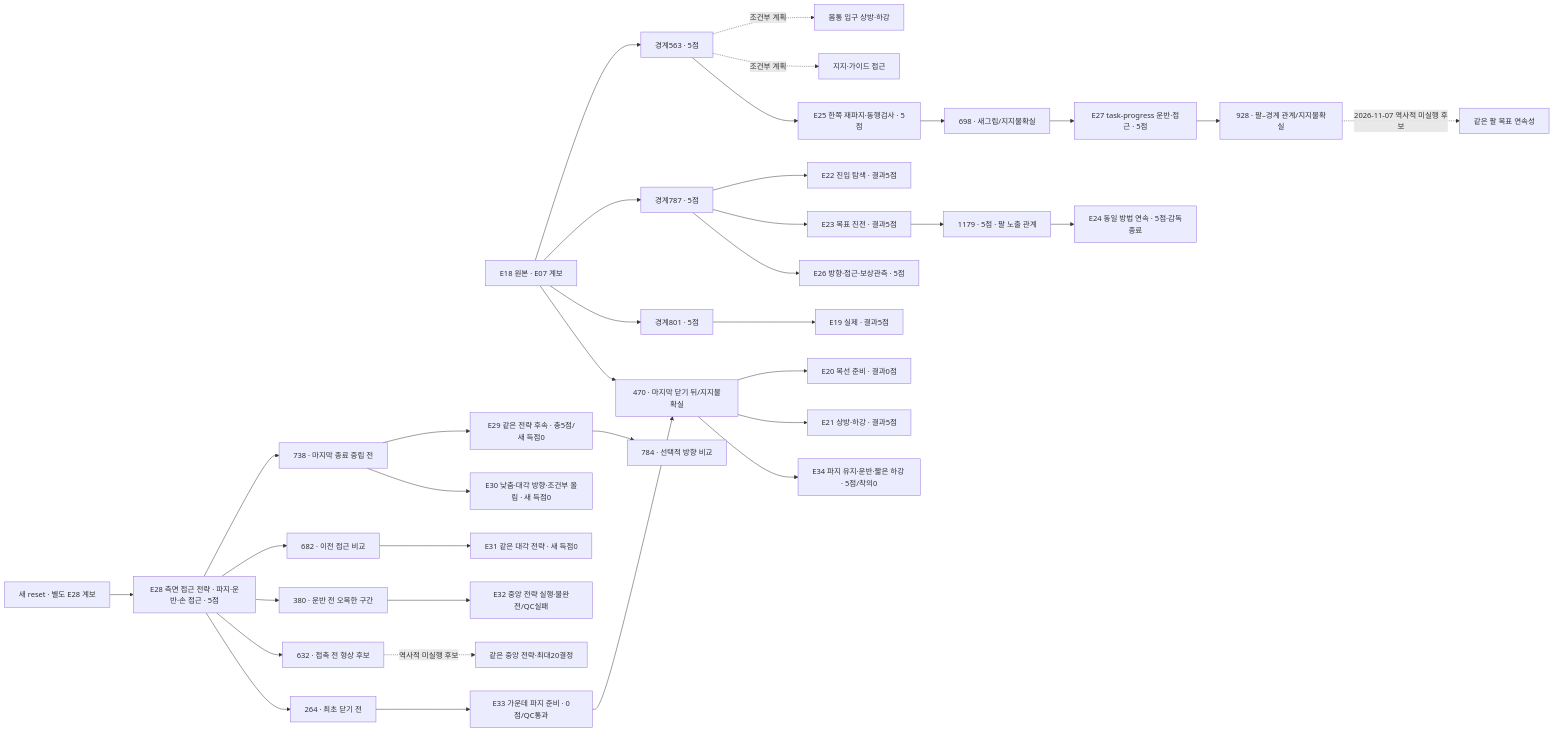
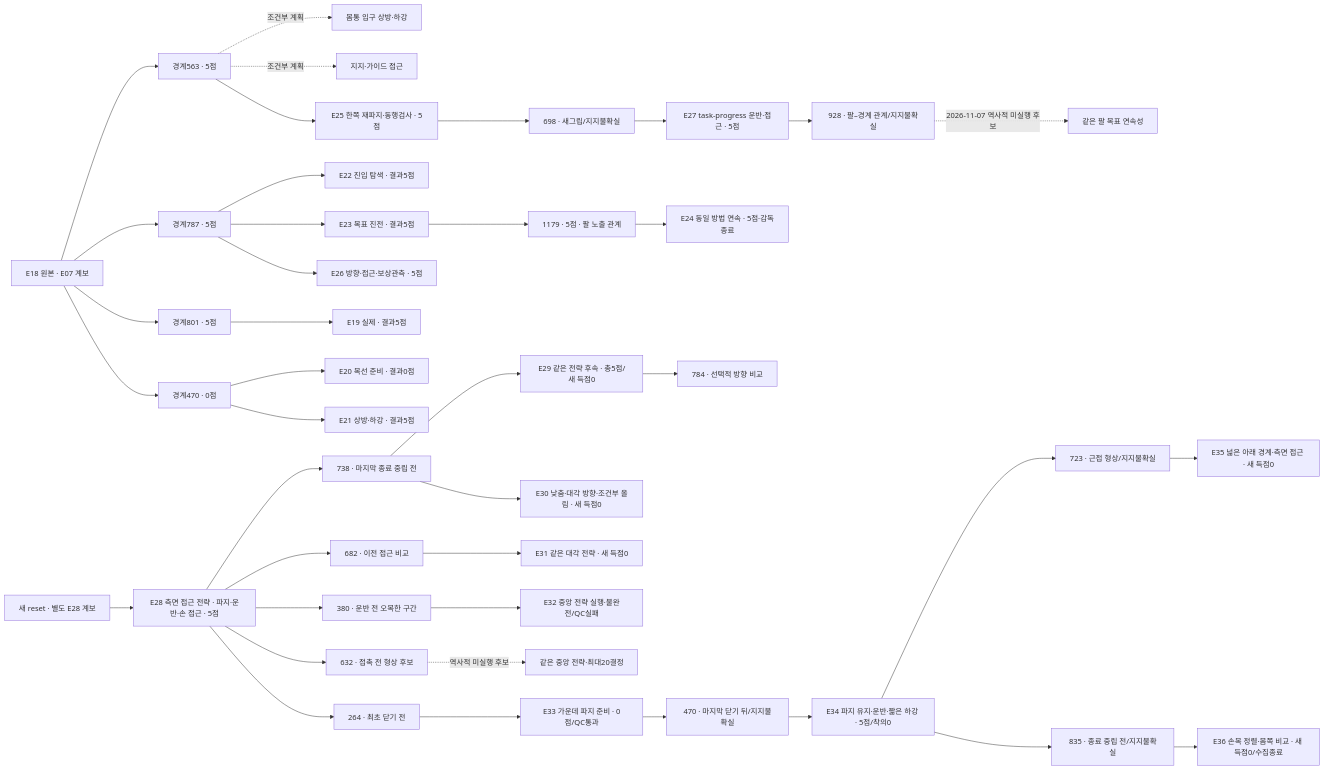
The diagram in docs/collection/catalog/README.ko.md (leonyoon-3dai/PhyRC_2027_phase1), drawn with Mermaid before and after one commit. The commit also changed other lines of this file and 48 other files, not shown here.

````diff
--- a/docs/collection/catalog/README.ko.md
+++ b/docs/collection/catalog/README.ko.md
@@ -39,37 +43,41 @@
 ```mermaid
 flowchart LR
   E18["E18 원본 · E07 계보"] --> P563["경계563 · 5점"]
   E18 --> P787["경계787 · 5점"]
   E18 --> P801["경계801 · 5점"]
   E18 --> P470["경계470 · 0점"]
   P563 -. "조건부 계획" .-> O["몸통 입구 상방·하강"]
   P563 -. "조건부 계획" .-> G["지지·가이드 접근"]
   P801 --> E19["E19 실제 · 결과5점"]
   P470 --> E20["E20 목선 준비 · 결과0점"]
   P470 --> E21["E21 상방·하강 · 결과5점"]
   P787 --> E22["E22 진입 탐색 · 결과5점"]
   P787 --> E23["E23 목표 진전 · 결과5점"]
   E23 --> P1179["1179 · 5점 · 팔 노출 관계"]
   P1179 --> E24["E24 동일 방법 연속 · 5점·감독종료"]
   P563 --> M1["E25 한쪽 재파지·동행검사 · 5점"]
   P787 --> M2["E26 방향·접근·보상관측 · 5점"]
   M1 --> P698["698 · 새그립/지지불확실"]
   P698 --> C["E27 task-progress 운반·접근 · 5점"]
   C --> P928["928 · 팔–경계 관계/지지불확실"]
   P928 -. "2026-11-07 역사적 미실행 후보" .-> S["같은 팔 목표 연속성"]
   F["새 reset · 별도 E28 계보"] --> E28["E28 측면 접근 전략 · 파지·운반·손 접근 · 5점"]
   E28 --> P738["738 · 마지막 종료 중립 전"]
   E28 --> P682["682 · 이전 접근 비교"]
   P738 --> E29["E29 같은 전략 후속 · 총5점/새 득점0"]
   E29 --> P784["784 · 선택적 방향 비교"]
   P738 --> E30["E30 낮춤·대각 방향·조건부 올림 · 새 득점0"]
   P682 --> E31["E31 같은 대각 전략 · 새 득점0"]
   E28 --> P380["380 · 운반 전 오목한 구간"]
   P380 --> N["E32 중앙 전략 실행·불완전/QC실패"]
   E28 --> P632["632 · 접촉 전 형상 후보"]
   P632 -. "역사적 미실행 후보" .-> N33["같은 중앙 전략·최대20결정"]
   E28 --> P264["264 · 최초 닫기 전"]
   P264 --> E33["E33 가운데 파지 준비 · 0점/QC통과"]
-  E33 --> P470["470 · 마지막 닫기 뒤/지지불확실"]
-  P470 --> E34["E34 파지 유지·운반·짧은 하강 · 5점/착의0"]
+  E33 --> P33_470["470 · 마지막 닫기 뒤/지지불확실"]
+  P33_470 --> E34["E34 파지 유지·운반·짧은 하강 · 5점/착의0"]
+  E34 --> P723["723 · 근접 형상/지지불확실"]
+  P723 --> E35["E35 넓은 아래 경계·측면 접근 · 새 득점0"]
+  E34 --> P835["835 · 종료 중립 전/지지불확실"]
+  P835 --> E36["E36 손목 정렬·몸쪽 비교 · 새 득점0/수집종료"]
 ```
````
